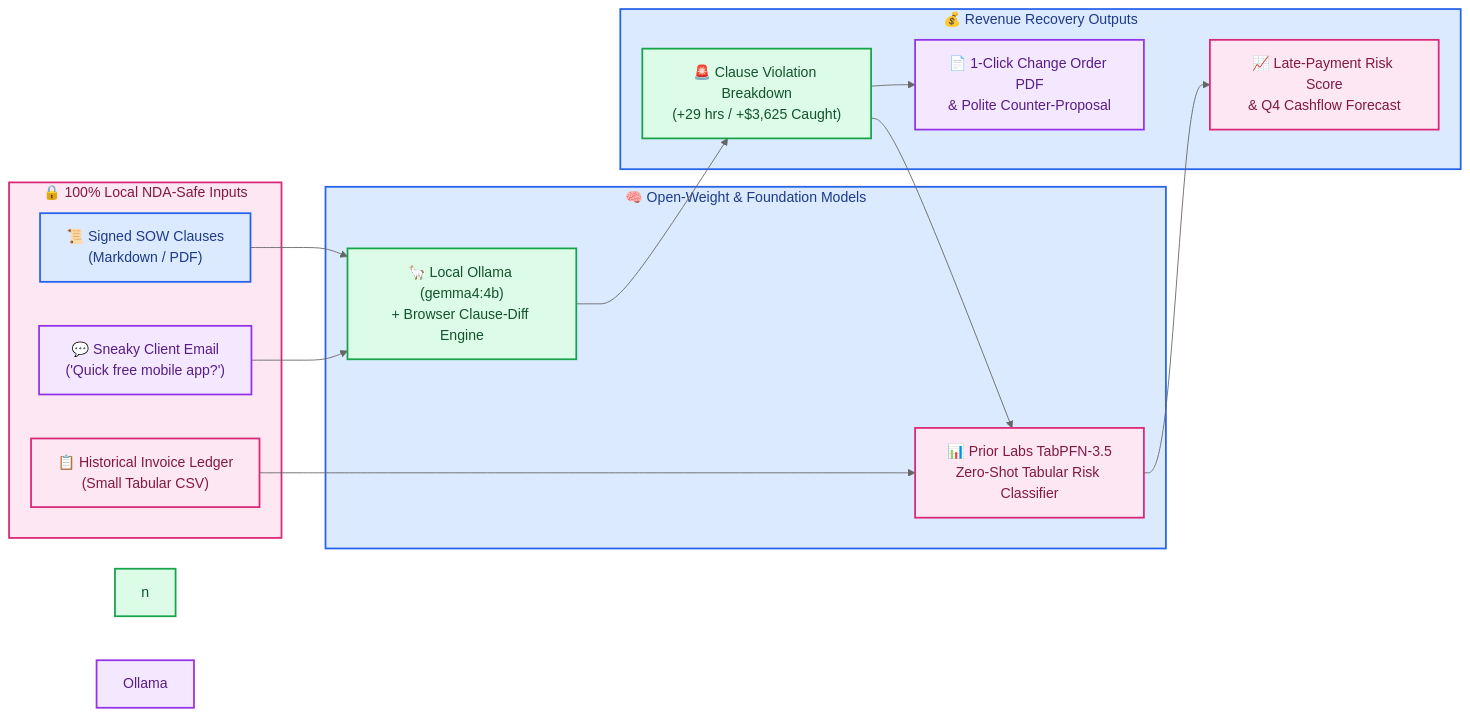
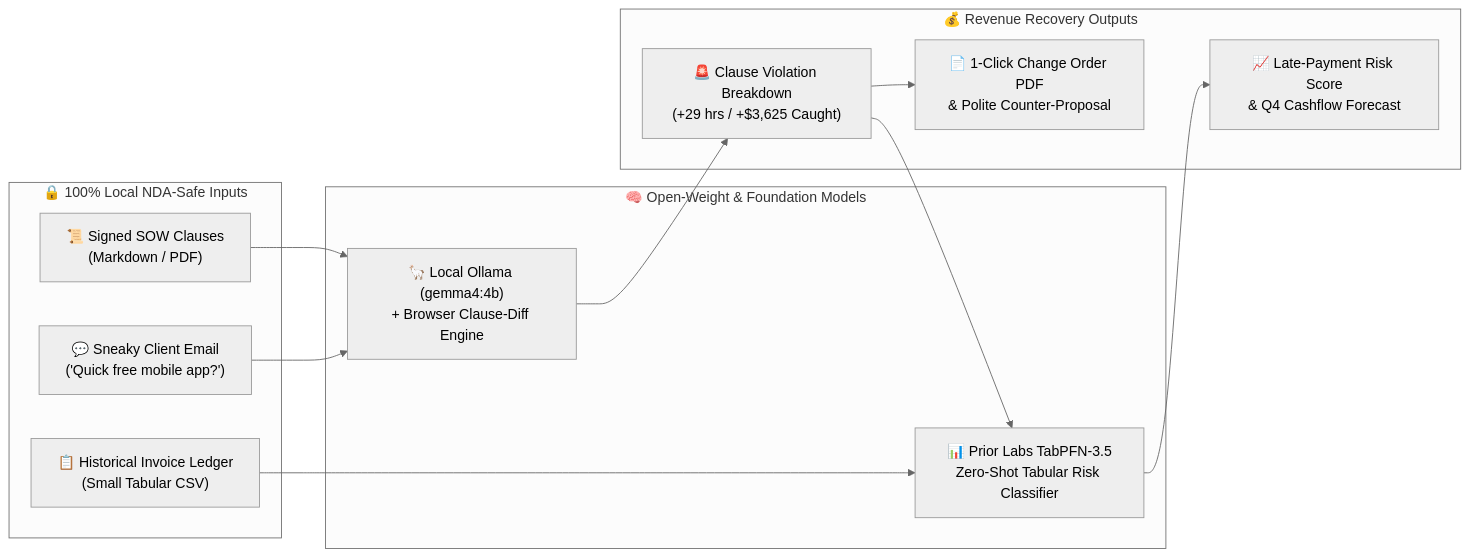
One commit to RobinaMirbahar/freelanceshield-open-ai-side-hustle changed the diagram in README.md. Above: the diagram before and after it, drawn with Mermaid (neutral theme).

Commit message:
docs: revert Mermaid color overrides for crisp native GitHub rendering and consolidate header

````diff
--- a/README.md
+++ b/README.md
@@ -50,40 +50,27 @@
 ```mermaid
 flowchart LR
     subgraph ClientInputs["🔒 100% Local NDA-Safe Inputs"]
         SOW["📜 Signed SOW Clauses\n(Markdown / PDF)"]
         MSG["💬 Sneaky Client Email\n('Quick free mobile app?')"]
         CSV["📋 Historical Invoice Ledger\n(Small Tabular CSV)"]
     end
 
     subgraph OpenSourceAI["🧠 Open-Weight & Foundation Models"]
         LLM["🦙 Local Ollama (gemma4:4b)\n+ Browser Clause-Diff Engine"]
         TAB["📊 Prior Labs TabPFN-3.5\nZero-Shot Tabular Risk Classifier"]
     end
 
     subgraph SideHustleOutputs["💰 Revenue Recovery Outputs"]
         DIFF["🚨 Clause Violation Breakdown\n(+29 hrs / +$3,625 Caught)"]
         CO["📄 1-Click Change Order PDF\n& Polite Counter-Proposal"]
         RISK["📈 Late-Payment Risk Score\n& Q4 Cashflow Forecast"]
     end
 
     SOW --> LLM
     MSG --> LLM
     CSV --> TAB
     LLM --> DIFF
     DIFF --> CO
     DIFF --> TAB
     TAB --> RISK
-    style ClientInputs fill:#fce7f3,stroke:#db2777,stroke-width:2px,color:#831843
-    style SOW fill:#dbeafe,stroke:#2563eb,stroke-width:2px,color:#1e3a8a
-    style n fill:#dcfce7,stroke:#16a34a,stroke-width:2px,color:#14532d
-    style MSG fill:#f3e8ff,stroke:#9333ea,stroke-width:2px,color:#581c87
-    style CSV fill:#fce7f3,stroke:#db2777,stroke-width:2px,color:#831843
-    style OpenSourceAI fill:#dbeafe,stroke:#2563eb,stroke-width:2px,color:#1e3a8a
-    style LLM fill:#dcfce7,stroke:#16a34a,stroke-width:2px,color:#14532d
-    style Ollama fill:#f3e8ff,stroke:#9333ea,stroke-width:2px,color:#581c87
-    style TAB fill:#fce7f3,stroke:#db2777,stroke-width:2px,color:#831843
-    style SideHustleOutputs fill:#dbeafe,stroke:#2563eb,stroke-width:2px,color:#1e3a8a
-    style DIFF fill:#dcfce7,stroke:#16a34a,stroke-width:2px,color:#14532d
-    style CO fill:#f3e8ff,stroke:#9333ea,stroke-width:2px,color:#581c87
-    style RISK fill:#fce7f3,stroke:#db2777,stroke-width:2px,color:#831843
 ```
````
